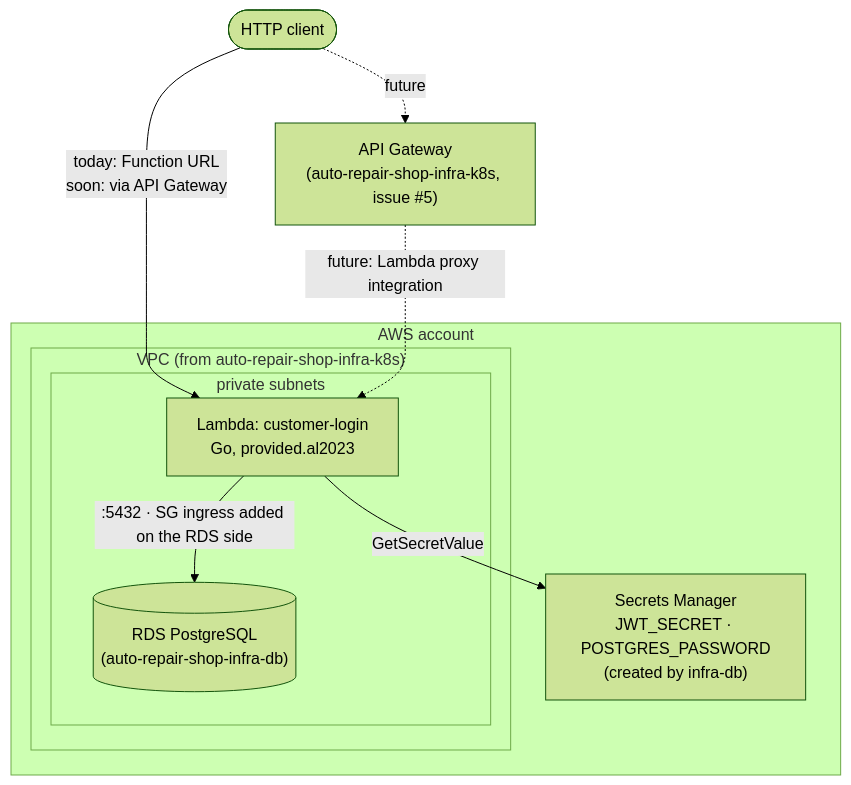
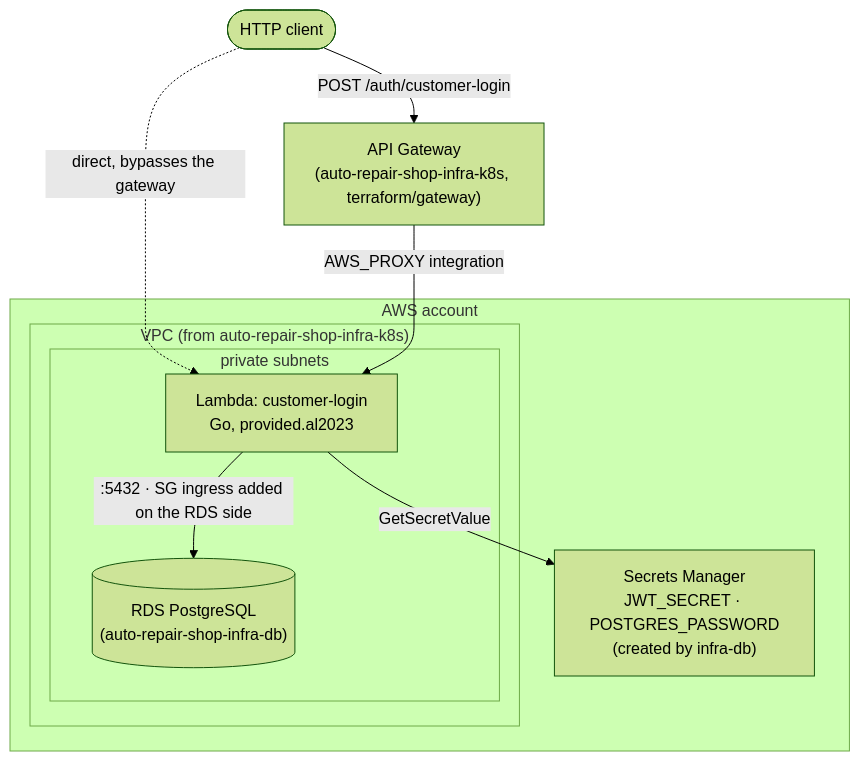
Before and after one commit to POS-FIAP-15SOAT-TEAM-DARK-MODE/auto-repair-shop-lambda-auth: the diagram in README.md, drawn with Mermaid (forest theme). The commit also changed other lines of this file and 1 other file, not shown here.

First line of the commit message:
docs: add OpenAPI spec, fix stale gateway status in README

````diff
--- a/README.md
+++ b/README.md
@@ -144,21 +151,21 @@
 ```mermaid
 flowchart TB
     client([HTTP client])
-    gw["API Gateway<br/>(auto-repair-shop-infra-k8s, issue #5)"]
+    gw["API Gateway<br/>(auto-repair-shop-infra-k8s, terraform/gateway)"]
 
     subgraph aws["AWS account"]
         subgraph vpc["VPC (from auto-repair-shop-infra-k8s)"]
             subgraph priv["private subnets"]
                 lambda["Lambda: customer-login<br/>Go, provided.al2023"]
                 rds[("RDS PostgreSQL<br/>(auto-repair-shop-infra-db)")]
             end
             lambda -->|":5432 · SG ingress added on the RDS side"| rds
         end
         sm["Secrets Manager<br/>JWT_SECRET · POSTGRES_PASSWORD<br/>(created by infra-db)"]
     end
 
-    client -->|"today: Function URL<br/>soon: via API Gateway"| lambda
-    client -.->|"future"| gw
-    gw -.->|"future: Lambda proxy integration"| lambda
+    client -->|"POST /auth/customer-login"| gw
+    client -.->|"direct, bypasses the gateway"| lambda
+    gw -->|"AWS_PROXY integration"| lambda
     lambda -->|"GetSecretValue"| sm
 ```
````
